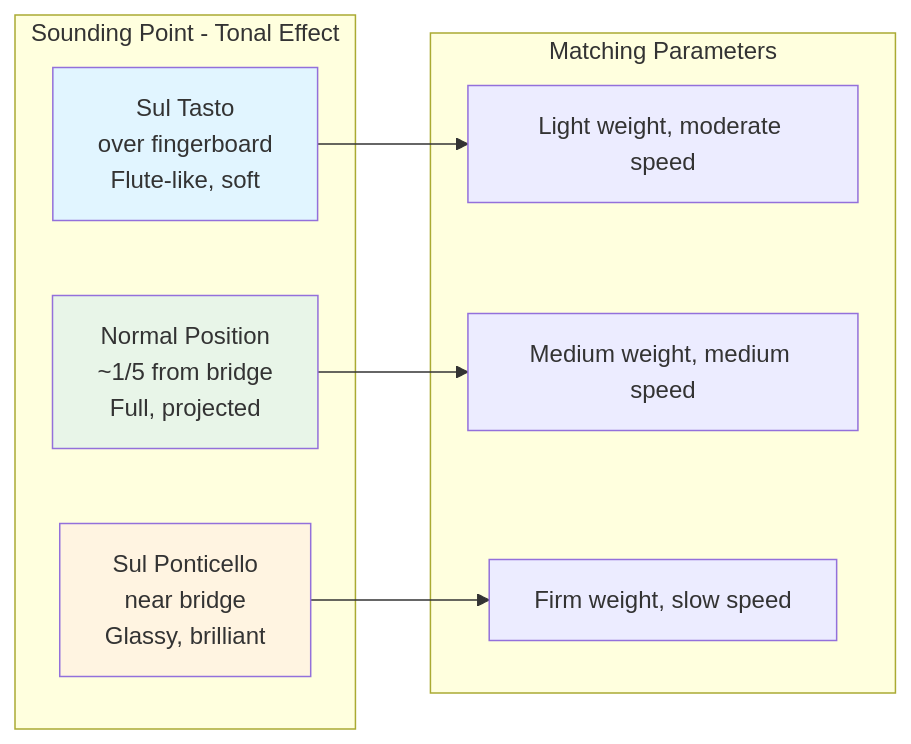
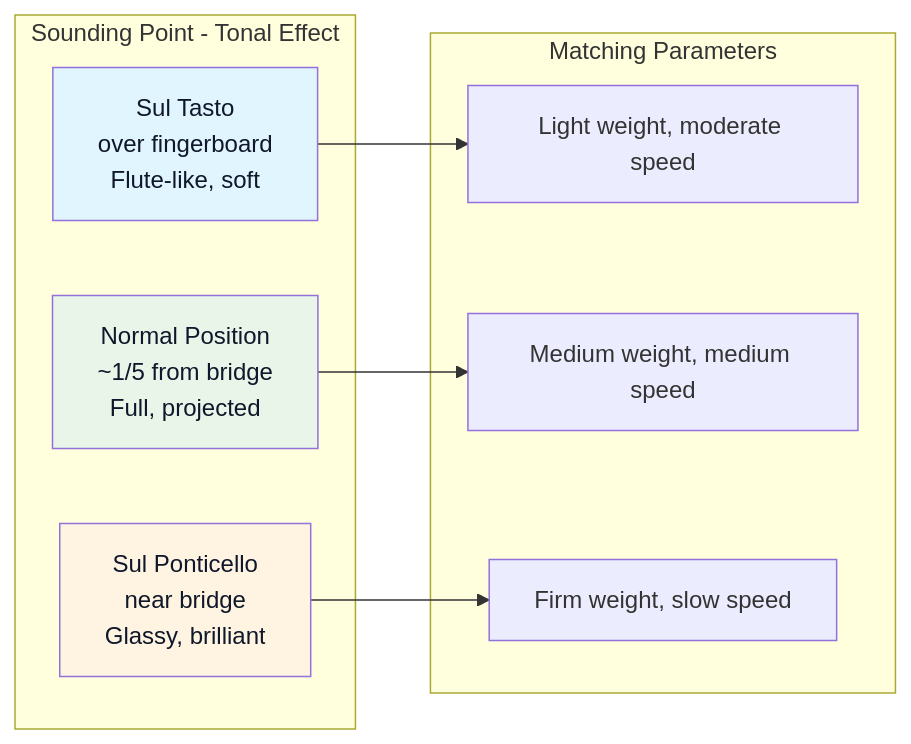
The third of 8 diagrams in topics/arts/music_performance/strings/lesson_01_string_techniques.md (blebleblee/synapse), drawn with Mermaid before and after one commit. The commit also changed other lines of this file and 1464 other files, not shown here.

Commit message:
feat(release): curriculum vector mermaid upgrade, render hardening, and master synpack

````diff
--- a/topics/arts/music_performance/strings/lesson_01_string_techniques.md
+++ b/topics/arts/music_performance/strings/lesson_01_string_techniques.md
@@ -235,22 +235,22 @@
 ```mermaid
 flowchart LR
     subgraph sub_sp ["Sounding Point - Tonal Effect"]
         SP1["Sul Tasto<br/>over fingerboard<br/>Flute-like, soft"]
         SP2["Normal Position<br/>~1/5 from bridge<br/>Full, projected"]
         SP3["Sul Ponticello<br/>near bridge<br/>Glassy, brilliant"]
     end
 
     subgraph sub_params ["Matching Parameters"]
         P1["Light weight, moderate speed"]
         P2["Medium weight, medium speed"]
         P3["Firm weight, slow speed"]
     end
 
     SP1 --> P1
     SP2 --> P2
     SP3 --> P3
 
-    style SP1 fill:#e1f5ff
-    style SP2 fill:#e8f5e8
-    style SP3 fill:#fff4e1
+    style SP1 fill:#e1f5ff,color:#0f172a
+    style SP2 fill:#e8f5e8,color:#0f172a
+    style SP3 fill:#fff4e1,color:#0f172a
 ```
````
